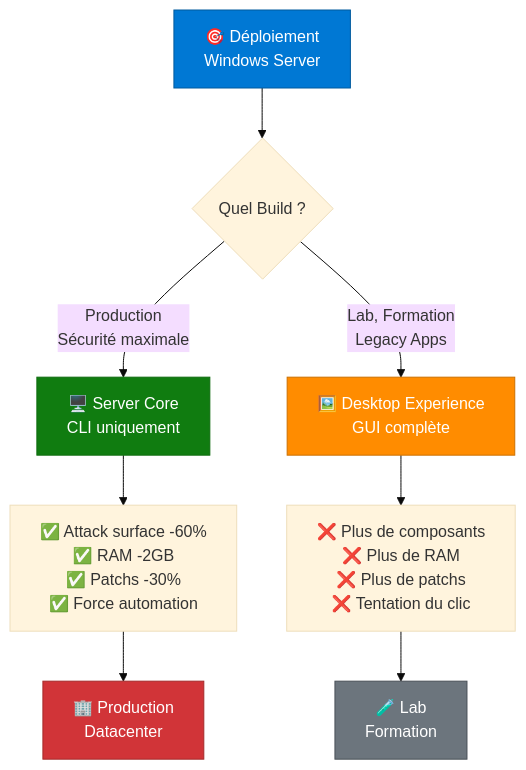
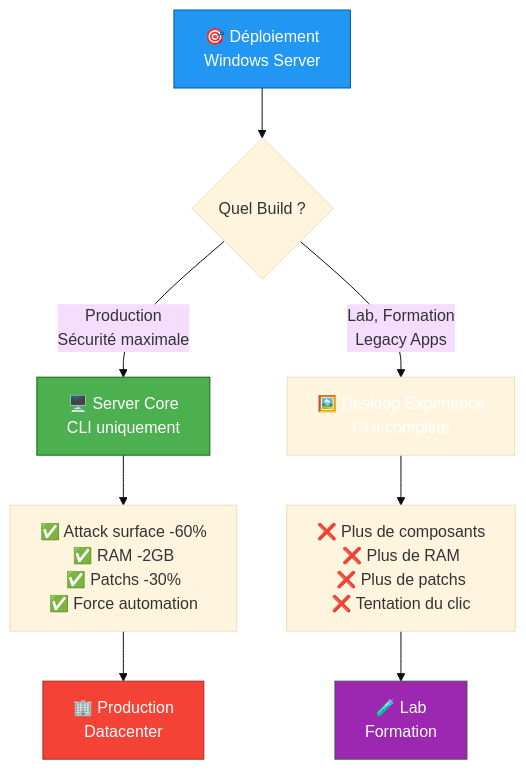
One commit to VBlackJack/ShellBook changed the first of 4 diagrams in docs/formations/windows-server/01-module.md. Above: the diagram before and after it, drawn with Mermaid (base theme). The commit also changed other lines of this file and 337 other files, not shown here.

First line of the commit message:
refactor(docs): Standardize code blocks and Mermaid colors

````diff
--- a/docs/formations/windows-server/01-module.md
+++ b/docs/formations/windows-server/01-module.md
@@ -66,19 +66,19 @@
 ```mermaid
 flowchart TD
     Start[🎯 Déploiement<br/>Windows Server] --> Choice{Quel Build ?}
 
     Choice -->|Production<br/>Sécurité maximale| Core[🖥️ Server Core<br/>CLI uniquement]
     Choice -->|Lab, Formation<br/>Legacy Apps| Desktop[🖼️ Desktop Experience<br/>GUI complète]
 
     Core --> CorePros[✅ Attack surface -60%<br/>✅ RAM -2GB<br/>✅ Patchs -30%<br/>✅ Force automation]
     Desktop --> DesktopCons[❌ Plus de composants<br/>❌ Plus de RAM<br/>❌ Plus de patchs<br/>❌ Tentation du clic]
 
     CorePros --> Production[🏢 Production<br/>Datacenter]
     DesktopCons --> Lab[🧪 Lab<br/>Formation]
 
-    style Start fill:#0078d4,stroke:#005a9e,color:#fff
-    style Core fill:#107c10,stroke:#0e6b0e,color:#fff
-    style Desktop fill:#ff8c00,stroke:#cc7000,color:#fff
-    style Production fill:#d13438,stroke:#a52a2a,color:#fff
-    style Lab fill:#6c757d,stroke:#495057,color:#fff
+    style Start fill:#2196F3,stroke:#005a9e,color:#fff
+    style Core fill:#4CAF50,stroke:#0e6b0e,color:#fff
+    style Desktop fill:#FF9800800800,stroke:#FF9800800,color:#fff
+    style Production fill:#f44336,stroke:#a52a2a,color:#fff
+    style Lab fill:#9C27B0,stroke:#495057,color:#fff
 ```
````
